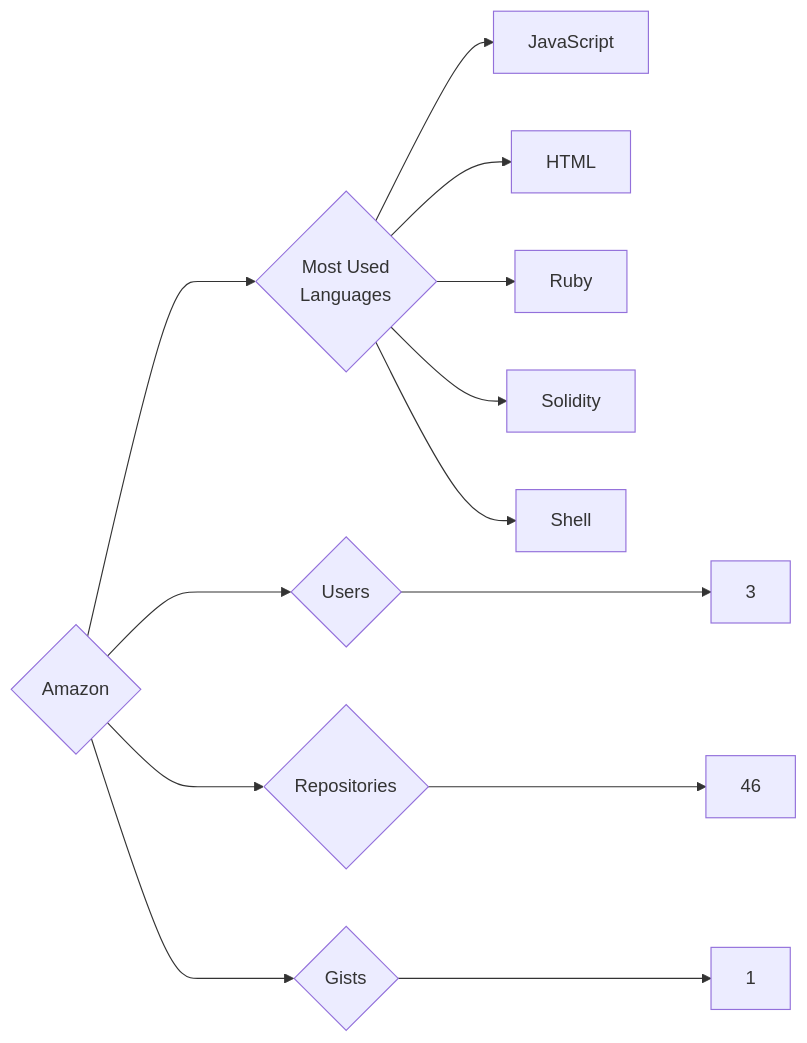
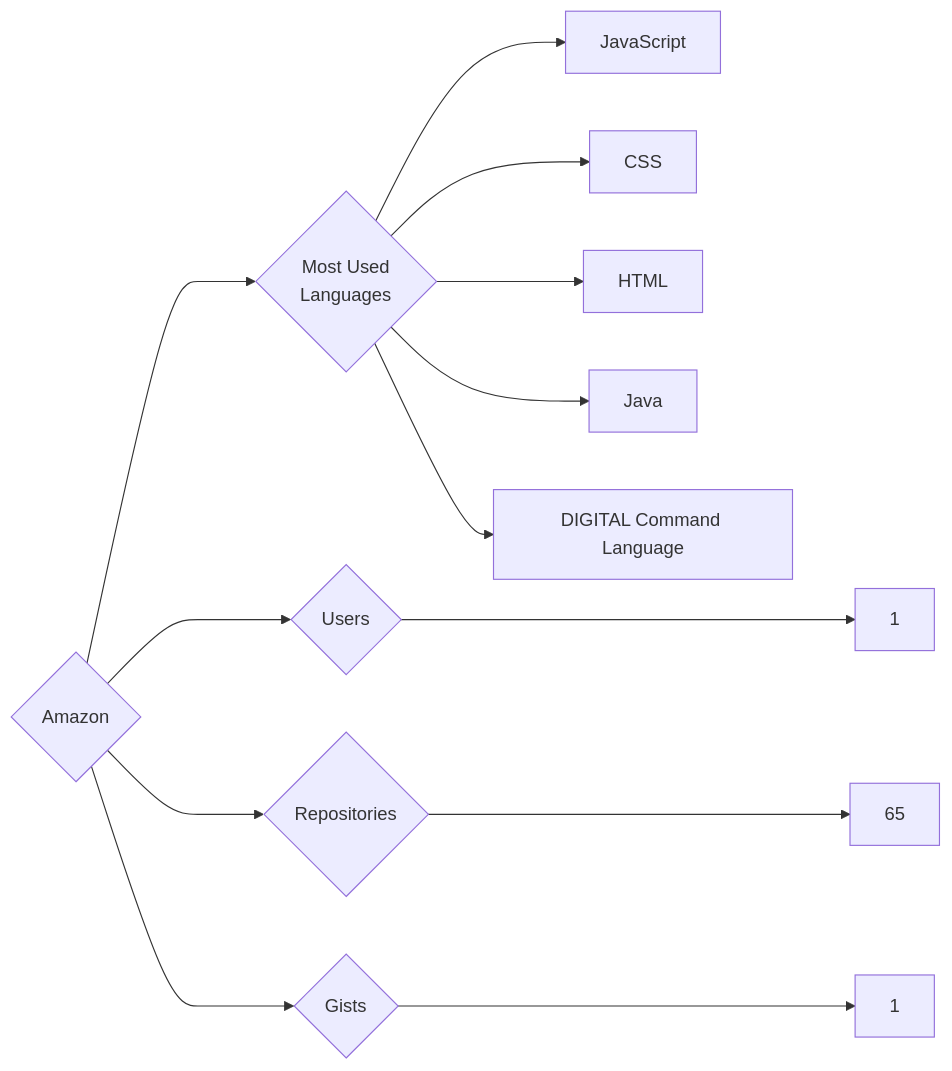
Before and after one commit to trickest/insiders: the diagram in targets/Amazon/README.md, drawn with Mermaid. The commit also changed 693 other files, not shown here.

````diff
--- a/targets/Amazon/README.md
+++ b/targets/Amazon/README.md
@@ -3,13 +3,13 @@
 ```mermaid
 graph LR
 COMPANY_NAME{Amazon}
-COMPANY_NAME ---> U{Users} ---> UN[3]
-COMPANY_NAME ---> R{Repositories} ---> RN[46]
+COMPANY_NAME ---> U{Users} ---> UN[1]
+COMPANY_NAME ---> R{Repositories} ---> RN[65]
 COMPANY_NAME ---> G{Gists} ---> GN[1]
 COMPANY_NAME ---> ML{Most Used<br>Languages}
 ML --> JavaScript[JavaScript]
+ML --> CSS[CSS]
 ML --> HTML[HTML]
-ML --> Ruby[Ruby]
-ML --> Solidity[Solidity]
-ML --> Shell[Shell]
+ML --> Java[Java]
+ML --> DIGITAL_Command_Language[DIGITAL Command Language]
 ```
````
